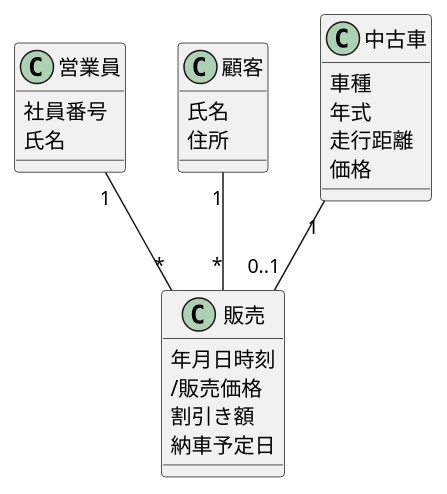
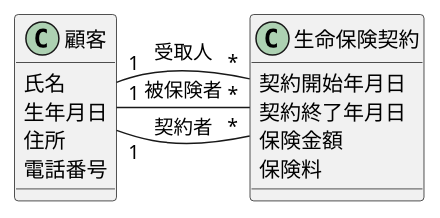
Before and after one commit to yinm/uml-modeling-lesson: the diagram in ch06/sample.puml, drawn with PlantUML.

Commit message:
Add lesson19

```diff
--- a/ch06/sample.puml
+++ b/ch06/sample.puml
@@ -1,31 +1,21 @@
 @startuml
-
-class 営業員 {
-  社員番号
-  氏名
-}
 
 class 顧客 {
   氏名
+  生年月日
   住所
+  電話番号
 }
 
-class 販売 {
-  年月日時刻
-  /販売価格
-  割引き額
-  納車予定日
+class 生命保険契約 {
+  契約開始年月日
+  契約終了年月日
+  保険金額
+  保険料
 }
 
-class 中古車 {
-  車種
-  年式
-  走行距離
-  価格
-}
-
-営業員 "1"--"*" 販売
-顧客 "1"--"*" 販売
-中古車 "1"--"0..1" 販売
+顧客 "1"-r-"*" 生命保険契約 : 被保険者
+顧客 "1"-r-"*" 生命保険契約 : 契約者
+顧客 "1"-r-"*" 生命保険契約 : 受取人
 
 @enduml
```
